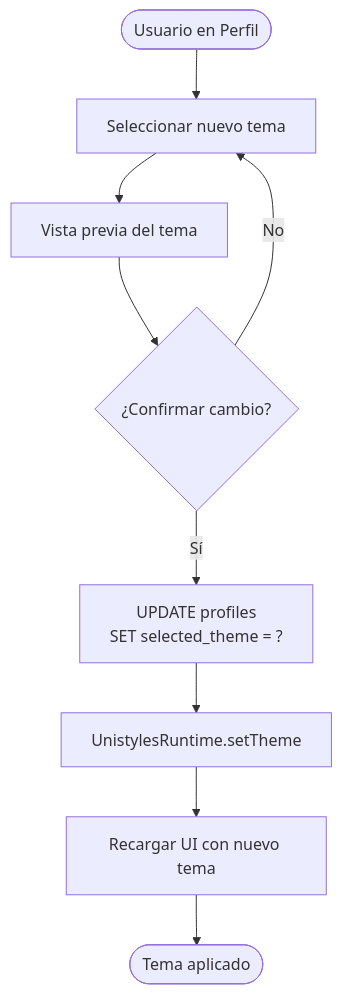
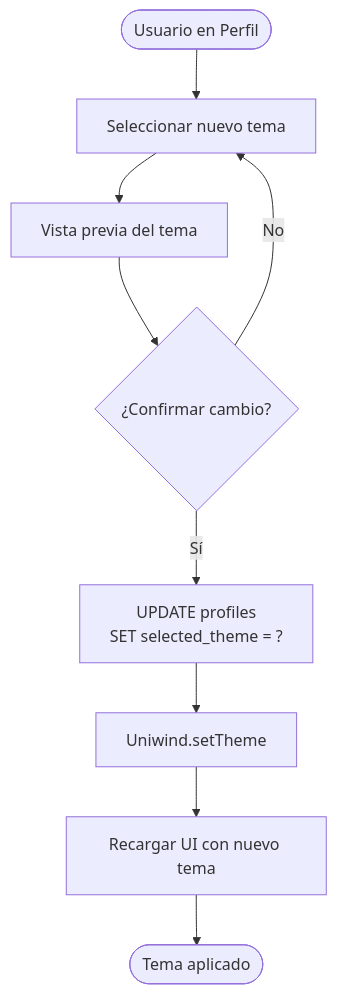
Before and after one commit to jesusrdev/clan-finance: the seventh of 9 diagrams in docs/architecture/FLUJOS.md, drawn with Mermaid. The commit also changed 10 other files, not shown here.

Commit message:
refactor: migrate styling and ui components from unistyles and gluestack ui to uniwind and rn primitives, and update documentation to version 1.1

````diff
--- a/docs/architecture/FLUJOS.md
+++ b/docs/architecture/FLUJOS.md
@@ -193,13 +193,13 @@
 ```mermaid
 flowchart TD
     Start([Usuario en Perfil]) --> SelectTheme[Seleccionar nuevo tema]
     SelectTheme --> Preview[Vista previa del tema]
     Preview --> Confirm{¿Confirmar cambio?}
 
     Confirm -->|No| SelectTheme
     Confirm -->|Sí| UpdateDB[UPDATE profiles<br/>SET selected_theme = ?]
 
-    UpdateDB --> UpdateRuntime[UnistylesRuntime.setTheme]
+    UpdateDB --> UpdateRuntime[Uniwind.setTheme]
     UpdateRuntime --> ReloadUI[Recargar UI con nuevo tema]
     ReloadUI --> End([Tema aplicado])
 ```
````
